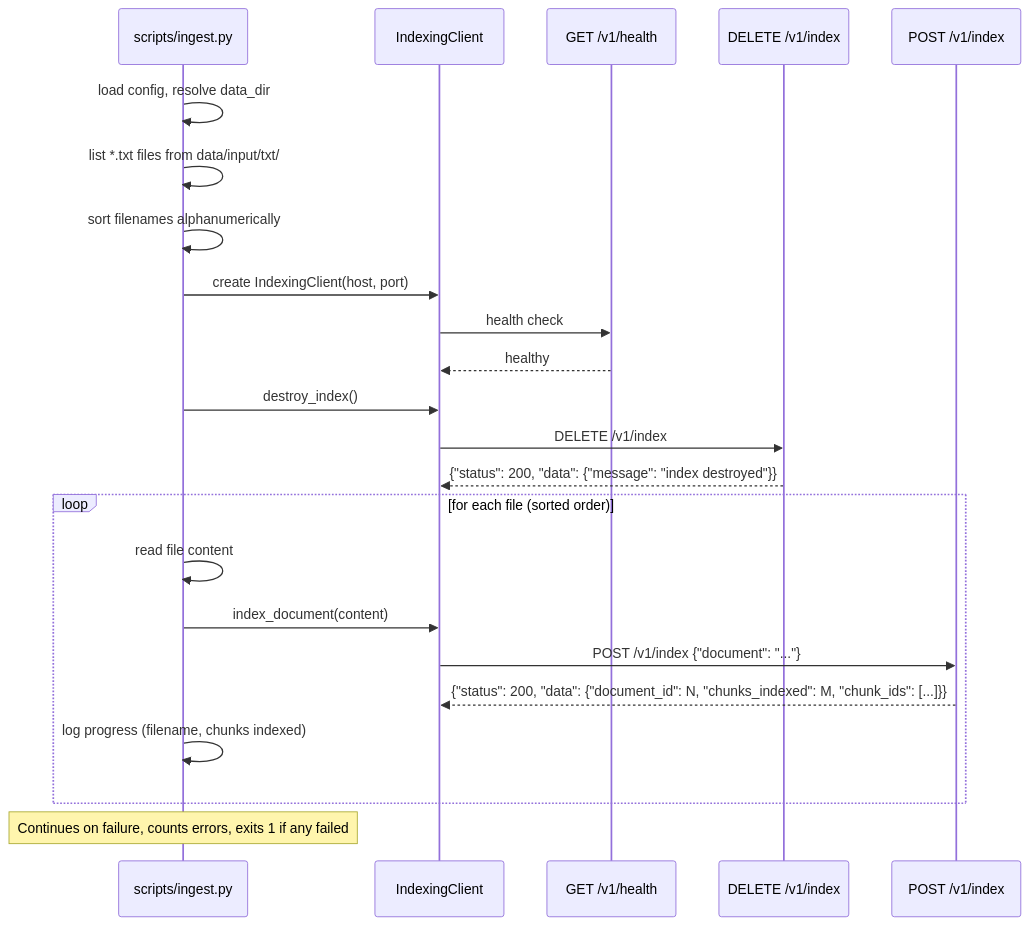
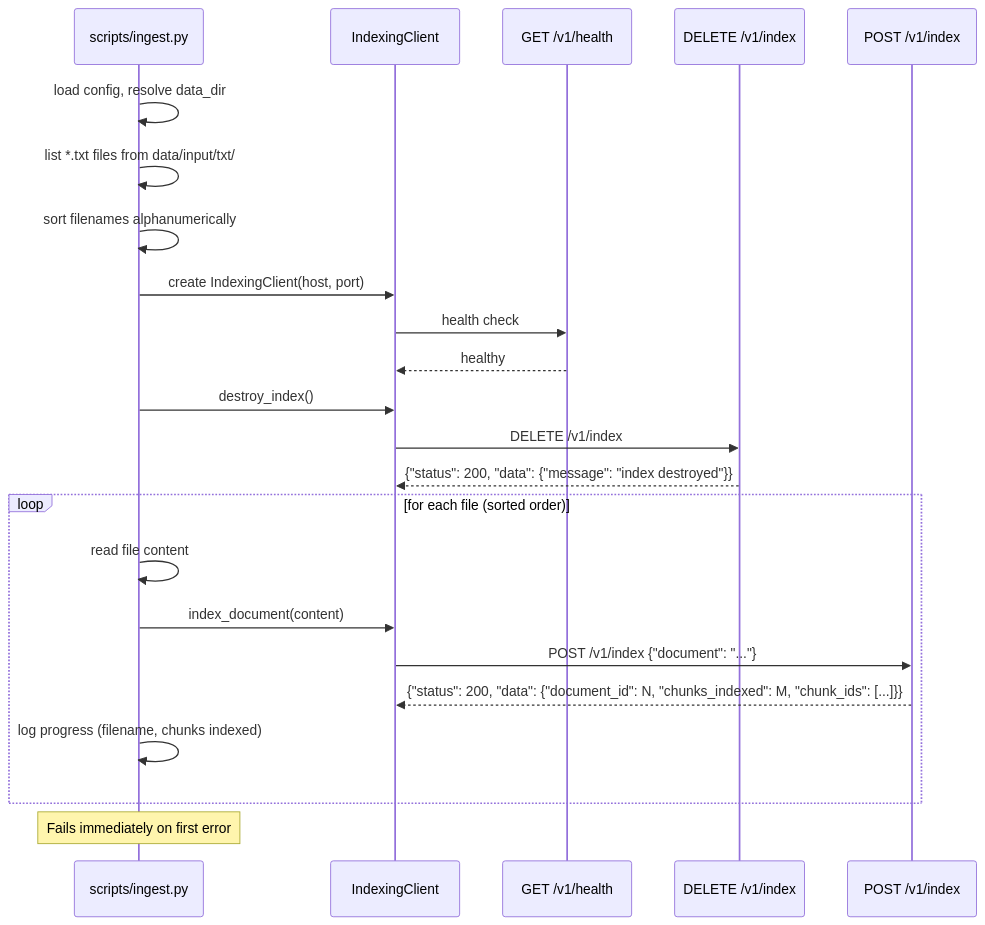
One commit to florianbuetow/mini-rag changed the eighth of 9 diagrams in docs/SPECIFICATION-DATA-FLOW.md. Above: the diagram before and after it, drawn with Mermaid. The commit also changed 6 other files, not shown here.

````diff
--- a/docs/SPECIFICATION-DATA-FLOW.md
+++ b/docs/SPECIFICATION-DATA-FLOW.md
@@ -536,29 +536,29 @@
 ```mermaid
 sequenceDiagram
     participant S as scripts/ingest.py
     participant IC as IndexingClient
     participant H as GET /v1/health
     participant DI as DELETE /v1/index
     participant PI as POST /v1/index
 
     S->>S: load config, resolve data_dir
     S->>S: list *.txt files from data/input/txt/
     S->>S: sort filenames alphanumerically
     S->>IC: create IndexingClient(host, port)
     IC->>H: health check
     H-->>IC: healthy
 
     S->>IC: destroy_index()
     IC->>DI: DELETE /v1/index
     DI-->>IC: {"status": 200, "data": {"message": "index destroyed"}}
 
     loop for each file (sorted order)
         S->>S: read file content
         S->>IC: index_document(content)
         IC->>PI: POST /v1/index {"document": "..."}
         PI-->>IC: {"status": 200, "data": {"document_id": N, "chunks_indexed": M, "chunk_ids": [...]}}
         S->>S: log progress (filename, chunks indexed)
     end
 
-    Note over S: Continues on failure, counts errors, exits 1 if any failed
+    Note over S: Fails immediately on first error
 ```
````
